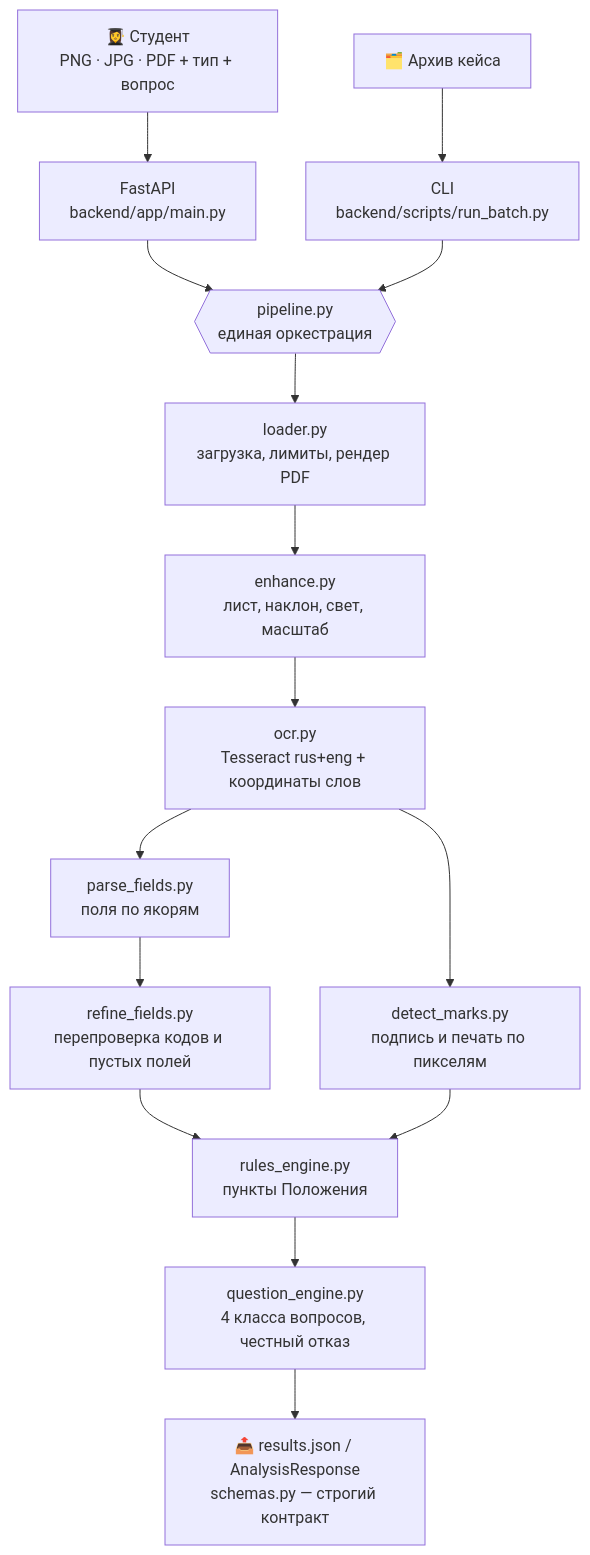
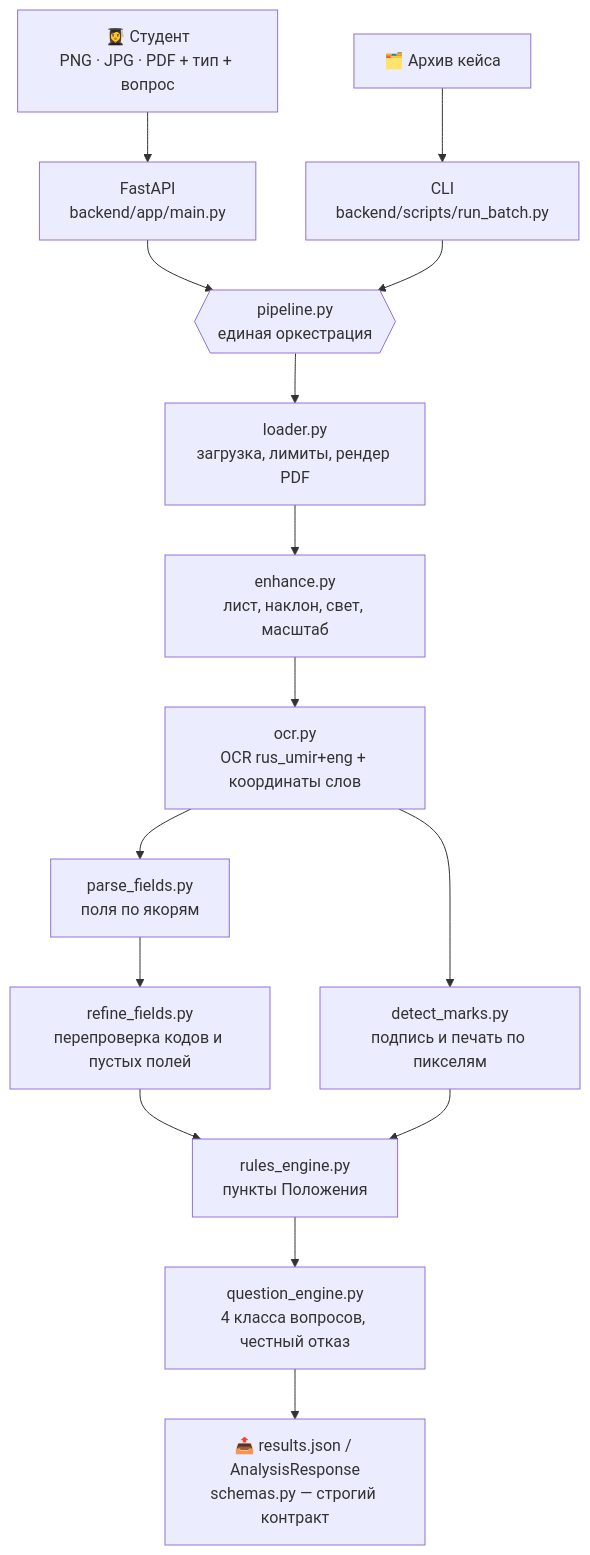
One commit to AShevts5/UMIRHack-3 changed the first of 2 diagrams in README.md. Above: the diagram before and after it, drawn with Mermaid. The commit also changed other lines of this file and 34 other files, not shown here.

````diff
--- a/README.md
+++ b/README.md
@@ -438,17 +437,17 @@
 ```mermaid
 flowchart TD
     U["👩‍🎓 Студент<br/>PNG · JPG · PDF + тип + вопрос"] --> API["FastAPI<br/>backend/app/main.py"]
     J["🗂️ Архив кейса"] --> CLI["CLI<br/>backend/scripts/run_batch.py"]
     API --> P{{"pipeline.py<br/>единая оркестрация"}}
     CLI --> P
     P --> L["loader.py<br/>загрузка, лимиты, рендер PDF"]
     L --> E["enhance.py<br/>лист, наклон, свет, масштаб"]
-    E --> O["ocr.py<br/>Tesseract rus+eng + координаты слов"]
+    E --> O["ocr.py<br/>OCR rus_umir+eng + координаты слов"]
     O --> F["parse_fields.py<br/>поля по якорям"]
     O --> M["detect_marks.py<br/>подпись и печать по пикселям"]
     F --> R["refine_fields.py<br/>перепроверка кодов и пустых полей"]
     R --> RE["rules_engine.py<br/>пункты Положения"]
     M --> RE
     RE --> Q["question_engine.py<br/>4 класса вопросов, честный отказ"]
     Q --> OUT["📤 results.json / AnalysisResponse<br/>schemas.py — строгий контракт"]
 ```
````
